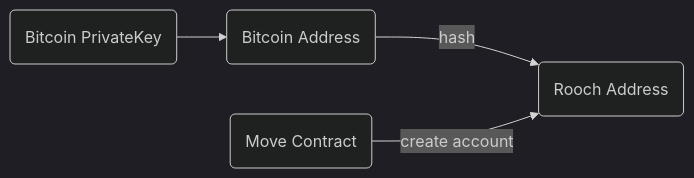
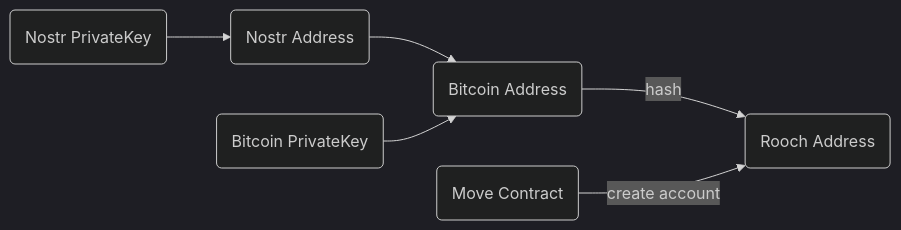
One commit to rooch-network/rooch changed the diagram in docs/website/pages/learn/core-concepts/accounts/account-address.en-US.mdx. Above: the diagram before and after it, drawn with Mermaid (dark theme). The commit also changed other lines of this file and 1 other file, not shown here.

Commit message:
[docs] Update account address document, add nostr

````diff
--- a/docs/website/pages/learn/core-concepts/accounts/account-address.en-US.mdx
+++ b/docs/website/pages/learn/core-concepts/accounts/account-address.en-US.mdx
@@ -7,11 +7,15 @@
 ```mermaid
 graph LR;
+  nostr_kp(Nostr PrivateKey)
+  nostr_address(Nostr Address)
   bkp(Bitcoin PrivateKey)
   baddress(Bitcoin Address)
   raddress(Rooch Address)
   contract(Move Contract)
   
+  nostr_kp --> nostr_address
+  nostr_address --> baddress
   bkp-->baddress
   baddress-->|hash|raddress
   contract-->|create account|raddress
 ```
````
